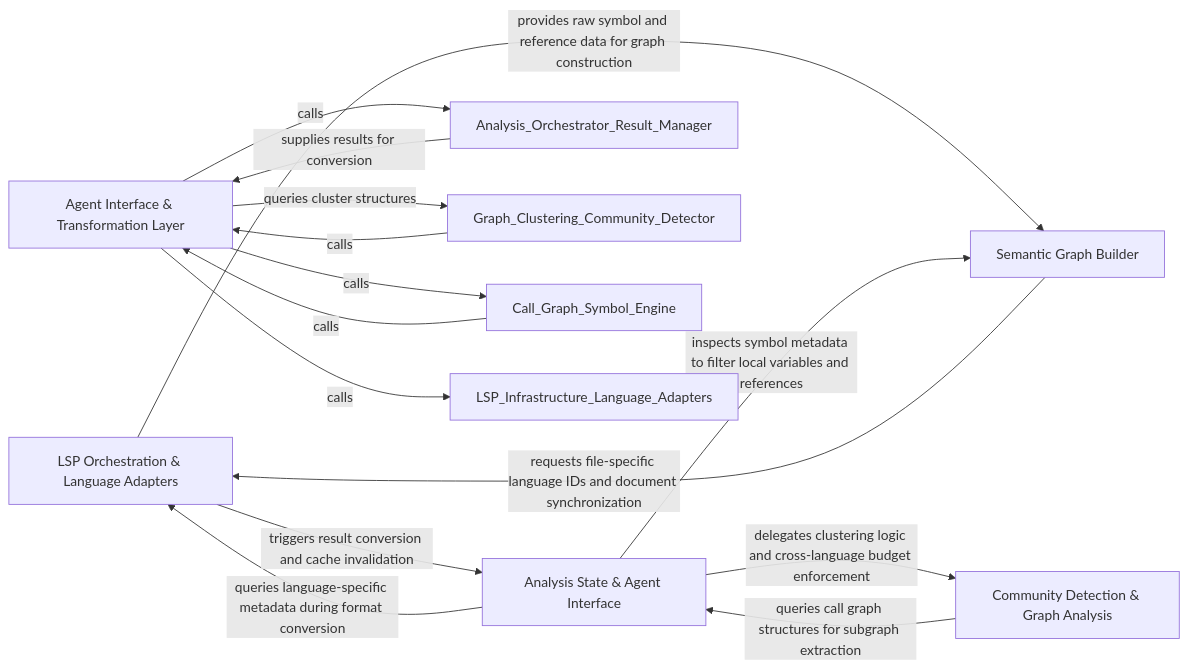
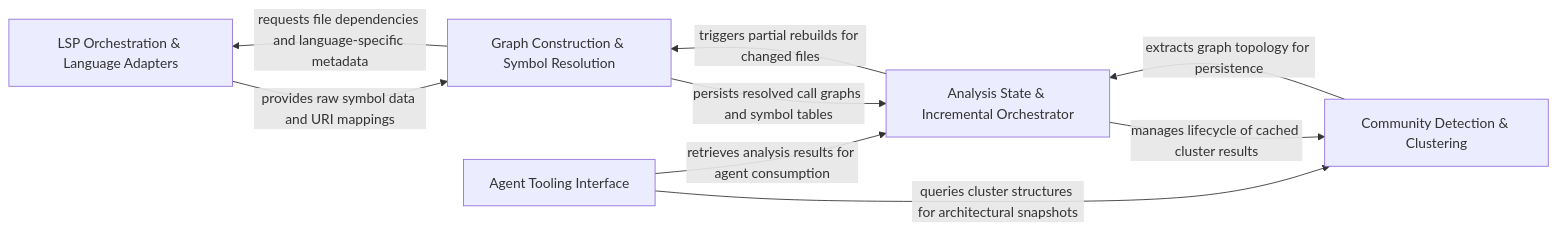
One commit to CodeBoarding/CodeBoarding changed the diagram in .codeboarding/Static_Analysis_Graph_Engine.md. Above: the diagram before and after it, drawn with Mermaid. The commit also changed other lines of this file and 10 other files, not shown here.

Commit message:
chore(codeboarding): sync architecture baseline

````diff
--- a/.codeboarding/Static_Analysis_Graph_Engine.md
+++ b/.codeboarding/Static_Analysis_Graph_Engine.md
@@ -1,22 +1,16 @@
 ```mermaid
 graph LR
-    Agent_Interface_Transformation_Layer["Agent Interface & Transformation Layer"]
     LSP_Orchestration_Language_Adapters["LSP Orchestration & Language Adapters"]
-    Semantic_Graph_Builder["Semantic Graph Builder"]
-    Community_Detection_Graph_Analysis["Community Detection & Graph Analysis"]
-    Analysis_State_Agent_Interface["Analysis State & Agent Interface"]
-    LSP_Orchestration_Language_Adapters -- "provides raw symbol and reference data for graph construction" --> Semantic_Graph_Builder
-    LSP_Orchestration_Language_Adapters -- "triggers result conversion and cache invalidation" --> Analysis_State_Agent_Interface
-    Semantic_Graph_Builder -- "requests file-specific language IDs and document synchronization" --> LSP_Orchestration_Language_Adapters
-    Community_Detection_Graph_Analysis -- "queries call graph structures for subgraph extraction" --> Analysis_State_Agent_Interface
-    Analysis_State_Agent_Interface -- "inspects symbol metadata to filter local variables and references" --> Semantic_Graph_Builder
-    Analysis_State_Agent_Interface -- "delegates clustering logic and cross-language budget enforcement" --> Community_Detection_Graph_Analysis
-    Analysis_State_Agent_Interface -- "queries language-specific metadata during format conversion" --> LSP_Orchestration_Language_Adapters
-    Analysis_Orchestrator_Result_Manager -- "supplies results for conversion" --> Agent_Interface_Transformation_Layer
-    Agent_Interface_Transformation_Layer -- "queries cluster structures" --> Graph_Clustering_Community_Detector
-    Call_Graph_Symbol_Engine -- "calls" --> Agent_Interface_Transformation_Layer
-    Graph_Clustering_Community_Detector -- "calls" --> Agent_Interface_Transformation_Layer
-    Agent_Interface_Transformation_Layer -- "calls" --> Analysis_Orchestrator_Result_Manager
-    Agent_Interface_Transformation_Layer -- "calls" --> LSP_Infrastructure_Language_Adapters
-    Agent_Interface_Transformation_Layer -- "calls" --> Call_Graph_Symbol_Engine
+    Graph_Construction_Symbol_Resolution["Graph Construction & Symbol Resolution"]
+    Community_Detection_Clustering["Community Detection & Clustering"]
+    Analysis_State_Incremental_Orchestrator["Analysis State & Incremental Orchestrator"]
+    Agent_Tooling_Interface["Agent Tooling Interface"]
+    LSP_Orchestration_Language_Adapters -- "provides raw symbol data and URI mappings" --> Graph_Construction_Symbol_Resolution
+    Graph_Construction_Symbol_Resolution -- "requests file dependencies and language-specific metadata" --> LSP_Orchestration_Language_Adapters
+    Graph_Construction_Symbol_Resolution -- "persists resolved call graphs and symbol tables" --> Analysis_State_Incremental_Orchestrator
+    Community_Detection_Clustering -- "extracts graph topology for persistence" --> Analysis_State_Incremental_Orchestrator
+    Analysis_State_Incremental_Orchestrator -- "manages lifecycle of cached cluster results" --> Community_Detection_Clustering
+    Agent_Tooling_Interface -- "queries cluster structures for architectural snapshots" --> Community_Detection_Clustering
+    Agent_Tooling_Interface -- "retrieves analysis results for agent consumption" --> Analysis_State_Incremental_Orchestrator
+    Analysis_State_Incremental_Orchestrator -- "triggers partial rebuilds for changed files" --> Graph_Construction_Symbol_Resolution
 ```
````
